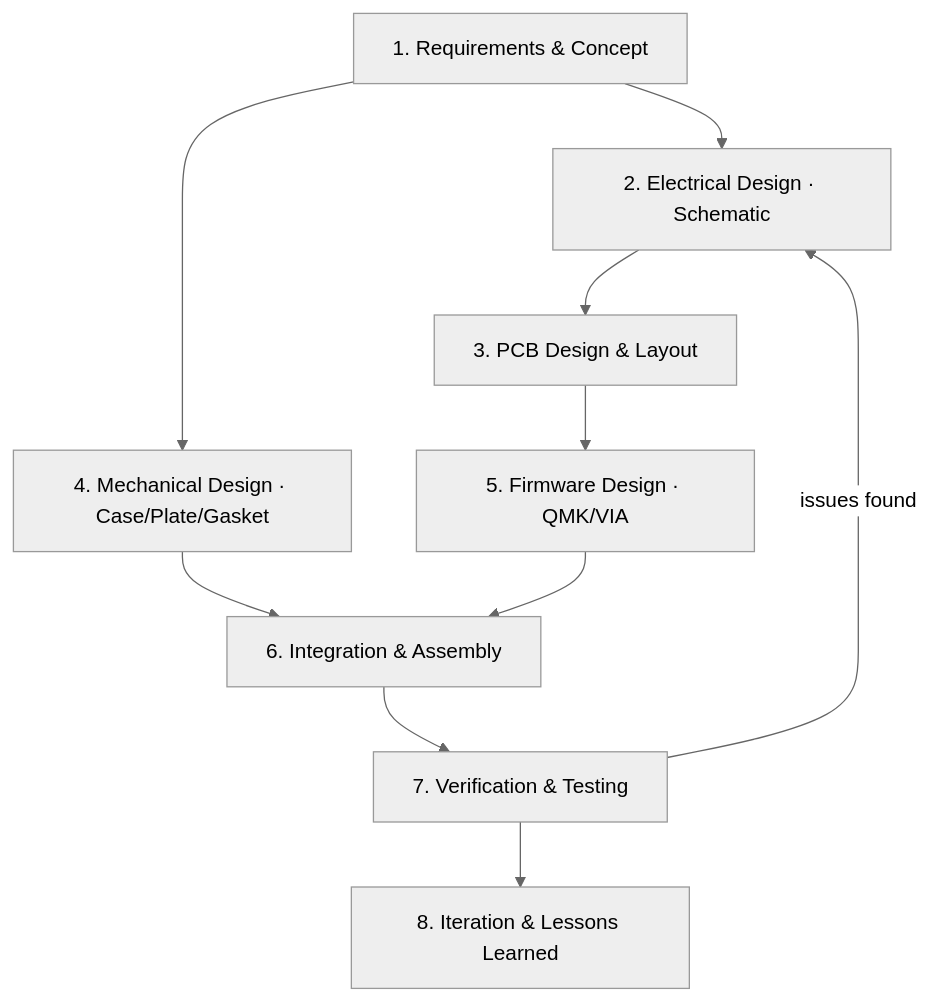
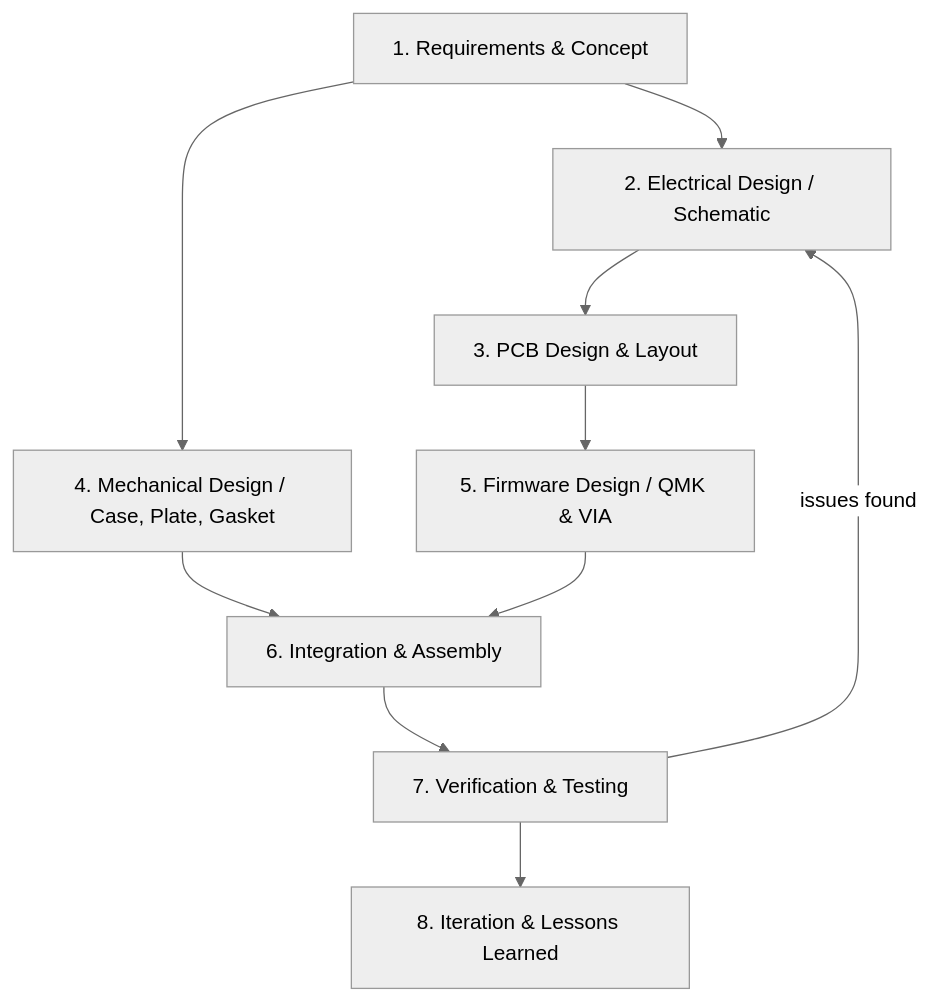
The diagram in README.md (XinlinProtoWu/prototypeCarbon-KeyboardProject), drawn with Mermaid (neutral theme) before and after one commit. The commit also changed other lines of this file, not shown here.

````diff
--- a/README.md
+++ b/README.md
@@ -79,12 +80,12 @@
 ```mermaid
 flowchart TD
-    A[1. Requirements & Concept] --> B[2. Electrical Design · Schematic]
+    A[1. Requirements & Concept] --> B[2. Electrical Design / Schematic]
     B --> C[3. PCB Design & Layout]
-    A --> D[4. Mechanical Design · Case/Plate/Gasket]
-    C --> E[5. Firmware Design · QMK/VIA]
+    A --> D[4. Mechanical Design / Case, Plate, Gasket]
+    C --> E[5. Firmware Design / QMK & VIA]
     D --> F[6. Integration & Assembly]
     E --> F
     F --> G[7. Verification & Testing]
     G -->|issues found| B
     G --> H[8. Iteration & Lessons Learned]
 ```
````
